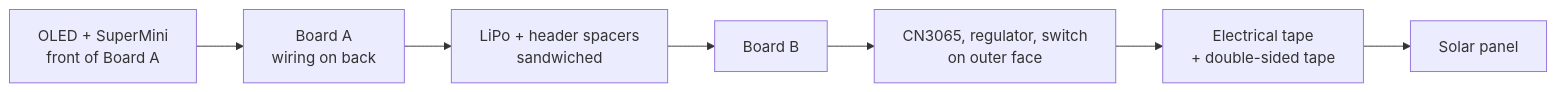
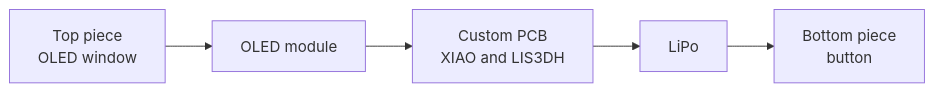
The second of 5 diagrams in README.md (hronkrobotics/solareyes), drawn with Mermaid before and after one commit. The commit also changed other lines of this file and 19 other files, not shown here.

````diff
--- a/README.md
+++ b/README.md
@@ -123,9 +118,7 @@
 ```mermaid
 flowchart LR
-    A["OLED + SuperMini<br/>front of Board A"] --> B["Board A<br/>wiring on back"]
-    B --> C["LiPo + header spacers<br/>sandwiched"]
-    C --> D["Board B"]
-    D --> E["CN3065, regulator, switch<br/>on outer face"]
-    E --> F["Electrical tape<br/>+ double-sided tape"]
-    F --> G["Solar panel"]
+    A["Top piece<br/>OLED window"] --> B["OLED module"]
+    B --> C["Custom PCB<br/>XIAO and LIS3DH"]
+    C --> D["LiPo"]
+    D --> E["Bottom piece<br/>button"]
 ```
````
